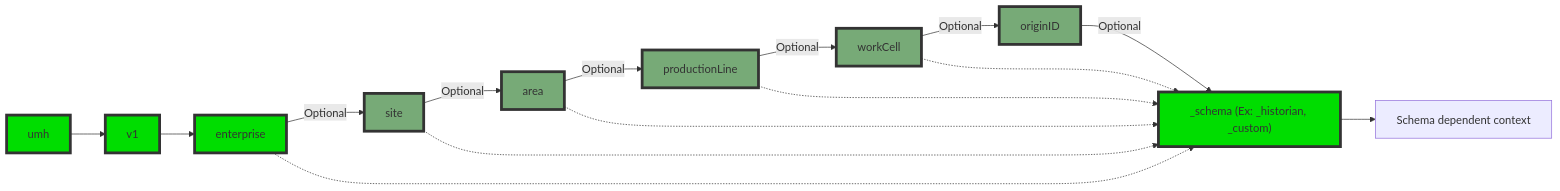
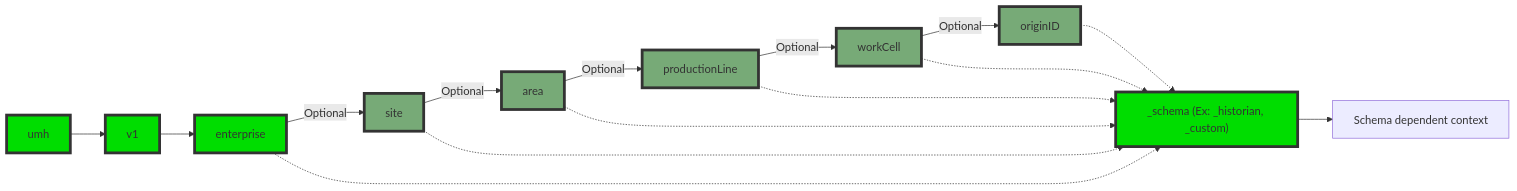
One commit to united-manufacturing-hub/umh.docs.umh.app changed the diagram in umh.docs.umh.app/content/en/docs/datacontracts/_index.md. Above: the diagram before and after it, drawn with Mermaid. The commit also changed 1 other file, not shown here.

Commit message:
continued on Historian page

```diff
--- a/umh.docs.umh.app/content/en/docs/datacontracts/_index.md
+++ b/umh.docs.umh.app/content/en/docs/datacontracts/_index.md
@@ -72,27 +72,24 @@
 {{<mermaid theme="neutral" >}}
 flowchart LR
     umh --> v1
     v1 --> enterprise
     enterprise -->|Optional| site
     site -->|Optional| area
     area -->|Optional| productionLine
     productionLine -->|Optional| workCell
     workCell -->|Optional| originID
-    originID -->|Optional| _schema["_schema (Ex: _historian, _custom)"]
+    originID -.-> _schema["_schema (Ex: _historian, _custom)"]
     _schema -->_opt["Schema dependent context"]
 
     classDef mqtt fill:#00dd00,stroke:#333,stroke-width:4px;
     class umh,v1,enterprise,_schema mqtt;
     classDef optional fill:#77aa77,stroke:#333,stroke-width:4px;
     class site,area,productionLine,workCell,originID optional;
     
     enterprise -.-> _schema
     site -.-> _schema
     area -.-> _schema
     productionLine -.-> _schema
     workCell -.-> _schema
 
-    click _schema href "#_schema"
-    click umh href "#versioning-prefix"
-    click v1 href "#versioning-prefix"
 {{</ mermaid >}}
```
